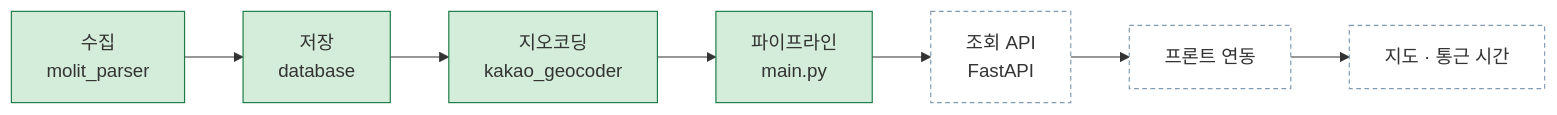
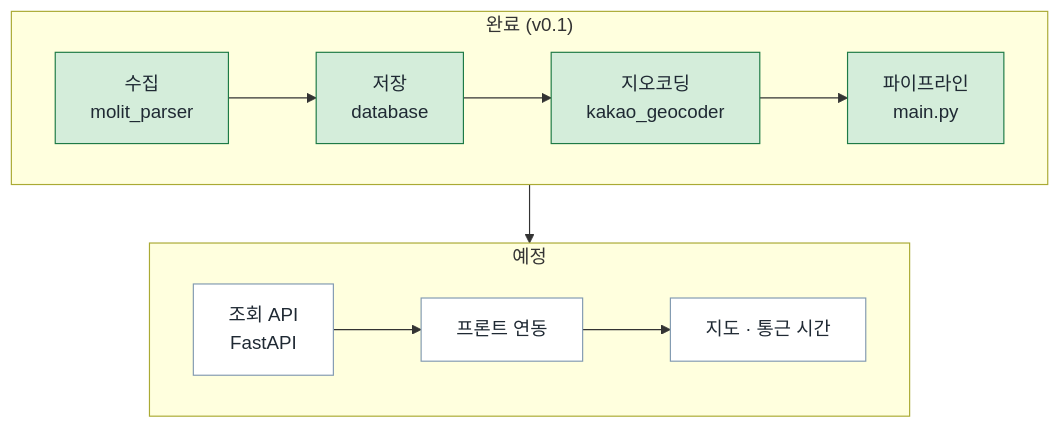
Before and after one commit to HY25N/RHC: the diagram in README.md, drawn with Mermaid.

Commit message:
docs: README 진행 현황 도식을 두 줄 구성으로 수정하고 글자색(회색) 지정

````diff
--- a/README.md
+++ b/README.md
@@ -19,13 +19,16 @@
 ```mermaid
-flowchart LR
-    A["수집<br/>molit_parser"] --> B["저장<br/>database"]
-    B --> C["지오코딩<br/>kakao_geocoder"]
-    C --> D["파이프라인<br/>main.py"]
-    D --> E["조회 API<br/>FastAPI"]
-    E --> F["프론트 연동"]
-    F --> G["지도 · 통근 시간"]
-    classDef done fill:#d4edda,stroke:#1d7a46
-    classDef todo fill:#ffffff,stroke:#829ab1,stroke-dasharray:4 3
+flowchart TB
+    subgraph DONE["완료 (v0.1)"]
+        direction LR
+        A["수집<br/>molit_parser"] --> B["저장<br/>database"] --> C["지오코딩<br/>kakao_geocoder"] --> D["파이프라인<br/>main.py"]
+    end
+    subgraph TODO["예정"]
+        direction LR
+        E["조회 API<br/>FastAPI"] --> F["프론트 연동"] --> G["지도 · 통근 시간"]
+    end
+    DONE --> TODO
+    classDef done fill:#d4edda,stroke:#1d7a46,color:#1f2933
+    classDef todo fill:#ffffff,stroke:#829ab1,color:#1f2933
     class A,B,C,D done
     class E,F,G todo
 ```
````
